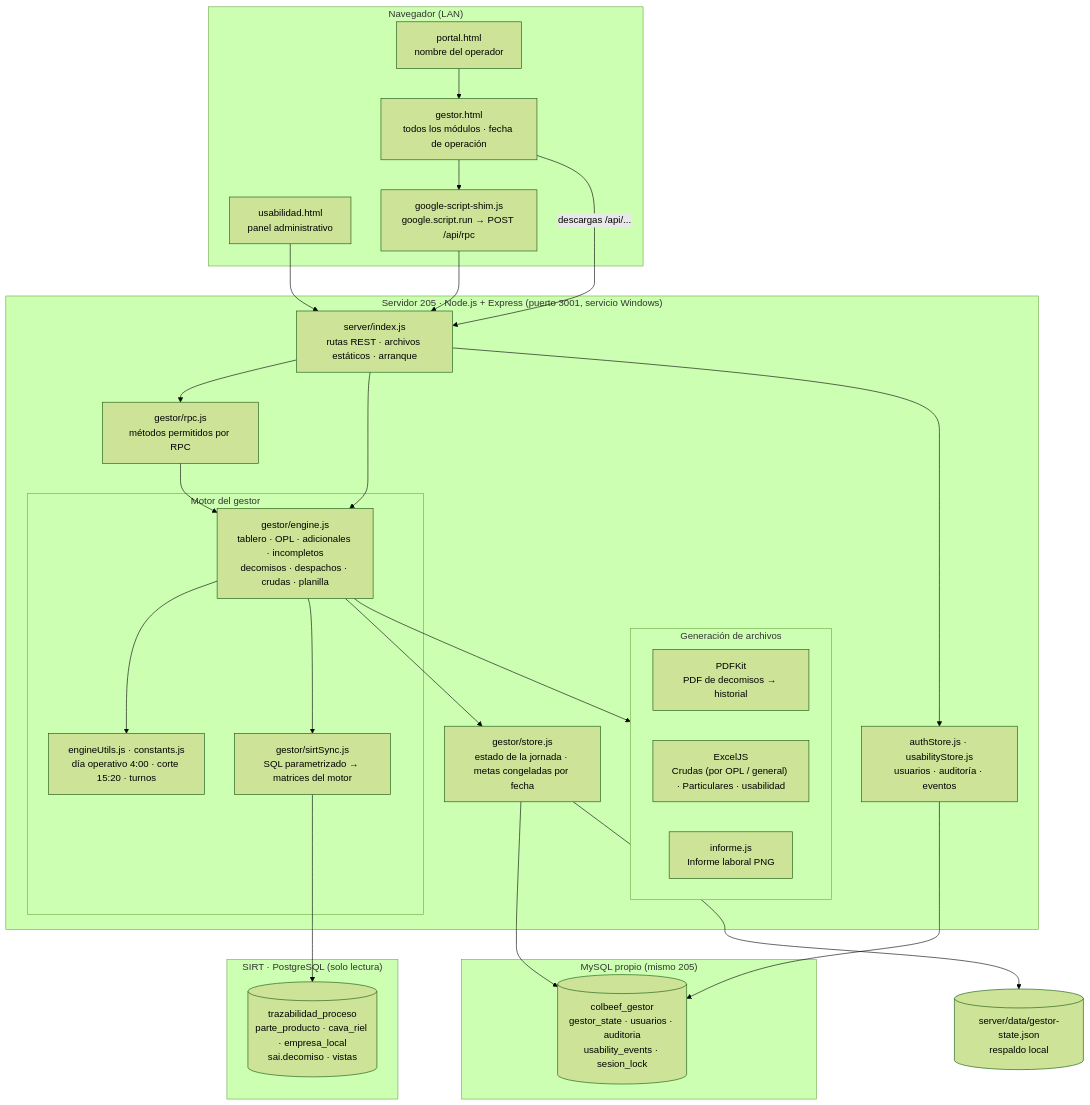
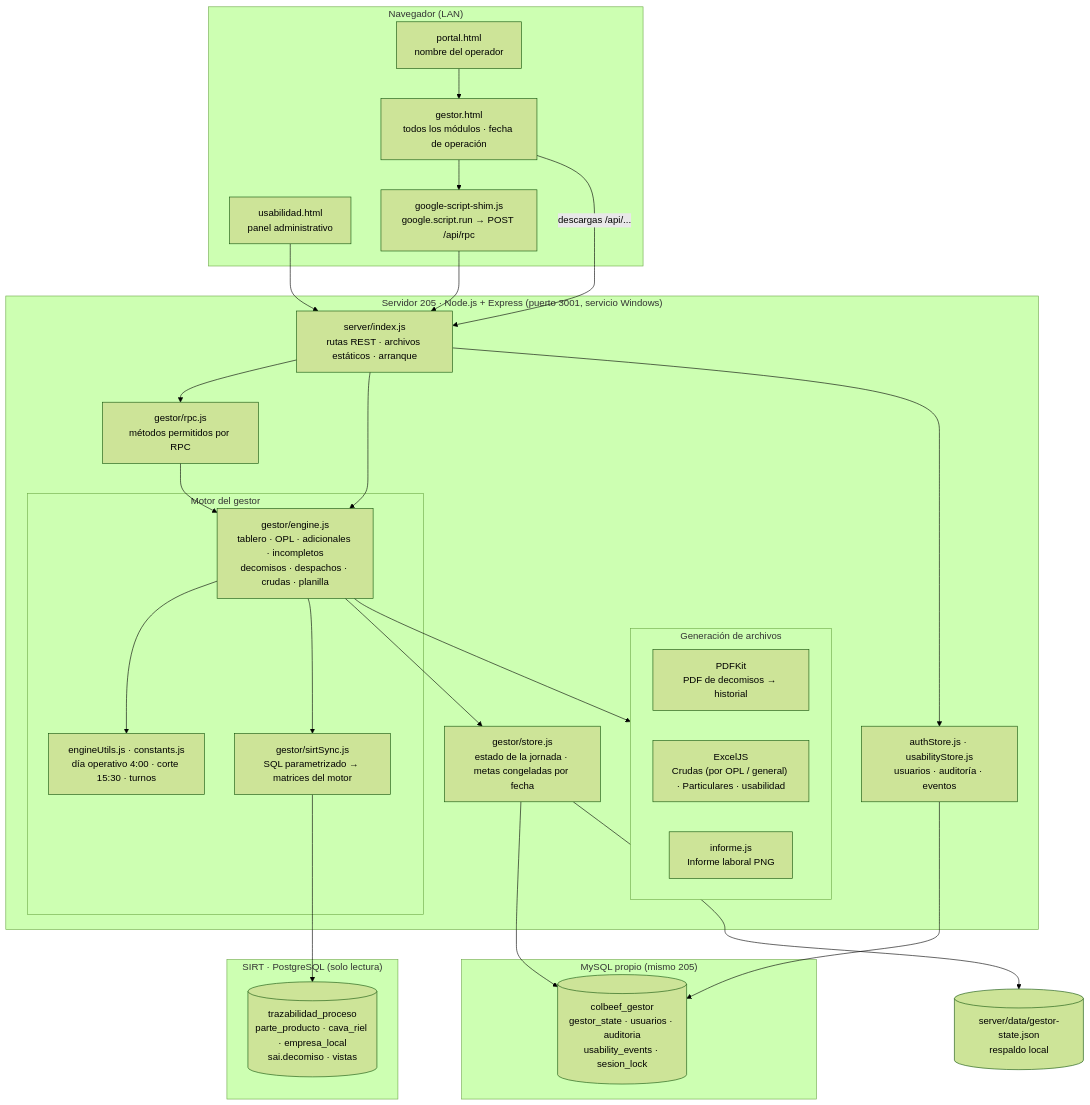
The diagram in docs/diagrams/01-arquitectura.md (desarrollotecnologia/Colbeef-_Gestor-de-V-sceras), drawn with Mermaid (forest theme) before and after one commit. The commit also changed 24 other files, not shown here.

````diff
--- a/docs/diagrams/01-arquitectura.md
+++ b/docs/diagrams/01-arquitectura.md
@@ -5,49 +5,49 @@
 ```mermaid
 flowchart TB
   subgraph NAV["Navegador (LAN)"]
     portal["portal.html<br/>nombre del operador"]
     gestor["gestor.html<br/>todos los módulos · fecha de operación"]
     usab["usabilidad.html<br/>panel administrativo"]
     shim["google-script-shim.js<br/>google.script.run → POST /api/rpc"]
   end
 
   subgraph BE["Servidor 205 · Node.js + Express (puerto 3001, servicio Windows)"]
     idx["server/index.js<br/>rutas REST · archivos estáticos · arranque"]
     rpc["gestor/rpc.js<br/>métodos permitidos por RPC"]
     subgraph MOTOR["Motor del gestor"]
       eng["gestor/engine.js<br/>tablero · OPL · adicionales · incompletos<br/>decomisos · despachos · crudas · planilla"]
-      utils["engineUtils.js · constants.js<br/>día operativo 4:00 · corte 15:20 · turnos"]
+      utils["engineUtils.js · constants.js<br/>día operativo 4:00 · corte 15:30 · turnos"]
       sync["gestor/sirtSync.js<br/>SQL parametrizado → matrices del motor"]
     end
     subgraph SALIDAS["Generación de archivos"]
       pdf["PDFKit<br/>PDF de decomisos → historial"]
       xlsx["ExcelJS<br/>Crudas (por OPL / general) · Particulares · usabilidad"]
       png["informe.js<br/>Informe laboral PNG"]
     end
     store["gestor/store.js<br/>estado de la jornada · metas congeladas por fecha"]
     auth["authStore.js · usabilityStore.js<br/>usuarios · auditoría · eventos"]
   end
 
   subgraph SIRT["SIRT · PostgreSQL (solo lectura)"]
     pg[("trazabilidad_proceso<br/>parte_producto · cava_riel · empresa_local<br/>sai.decomiso · vistas")]
   end
 
   subgraph MY["MySQL propio (mismo 205)"]
     mysql[("colbeef_gestor<br/>gestor_state · usuarios · auditoria<br/>usability_events · sesion_lock")]
   end
   json[("server/data/gestor-state.json<br/>respaldo local")]
 
   portal --> gestor
   gestor --> shim --> idx
   gestor -->|"descargas /api/..."| idx
   usab --> idx
   idx --> rpc --> eng
   idx --> eng
   eng --> utils
   eng --> sync --> pg
   eng --> SALIDAS
   eng --> store
   store --> mysql
   store --> json
   idx --> auth --> mysql
 ```
````
